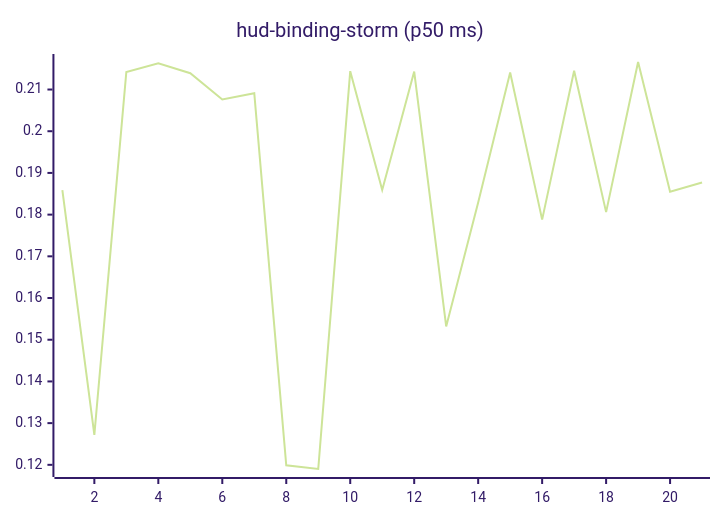
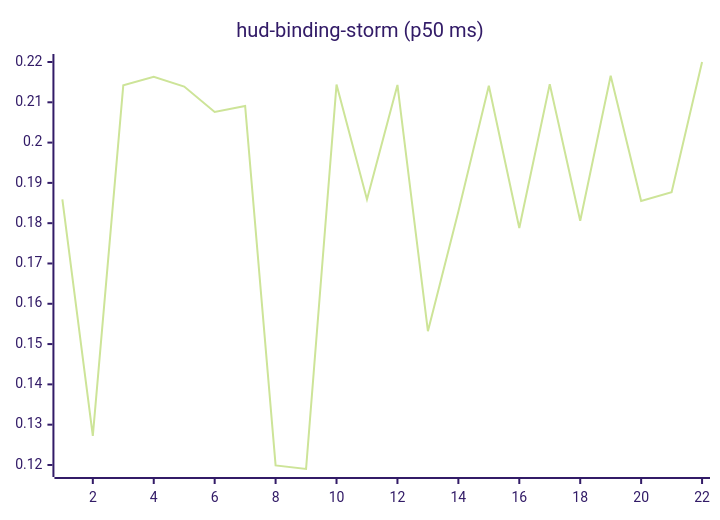
Before and after one commit to josha/Facet: the tenth of 27 diagrams in README.md, drawn with Mermaid (forest theme). The commit also changed other lines of this file and 2 other files, not shown here.

````diff
--- a/README.md
+++ b/README.md
@@ -126,6 +126,6 @@
 ```mermaid
 xychart-beta
     title "hud-binding-storm (p50 ms)"
-    x-axis 1 --> 21
-    line [0.1859, 0.1272, 0.2142, 0.2163, 0.2139, 0.2076, 0.2091, 0.1199, 0.1190, 0.2144, 0.1859, 0.2143, 0.1532, 0.1829, 0.2141, 0.1788, 0.2145, 0.1806, 0.2166, 0.1855, 0.1877]
+    x-axis 1 --> 22
+    line [0.1859, 0.1272, 0.2142, 0.2163, 0.2139, 0.2076, 0.2091, 0.1199, 0.1190, 0.2144, 0.1859, 0.2143, 0.1532, 0.1829, 0.2141, 0.1788, 0.2145, 0.1806, 0.2166, 0.1855, 0.1877, 0.2200]
 ```
````
